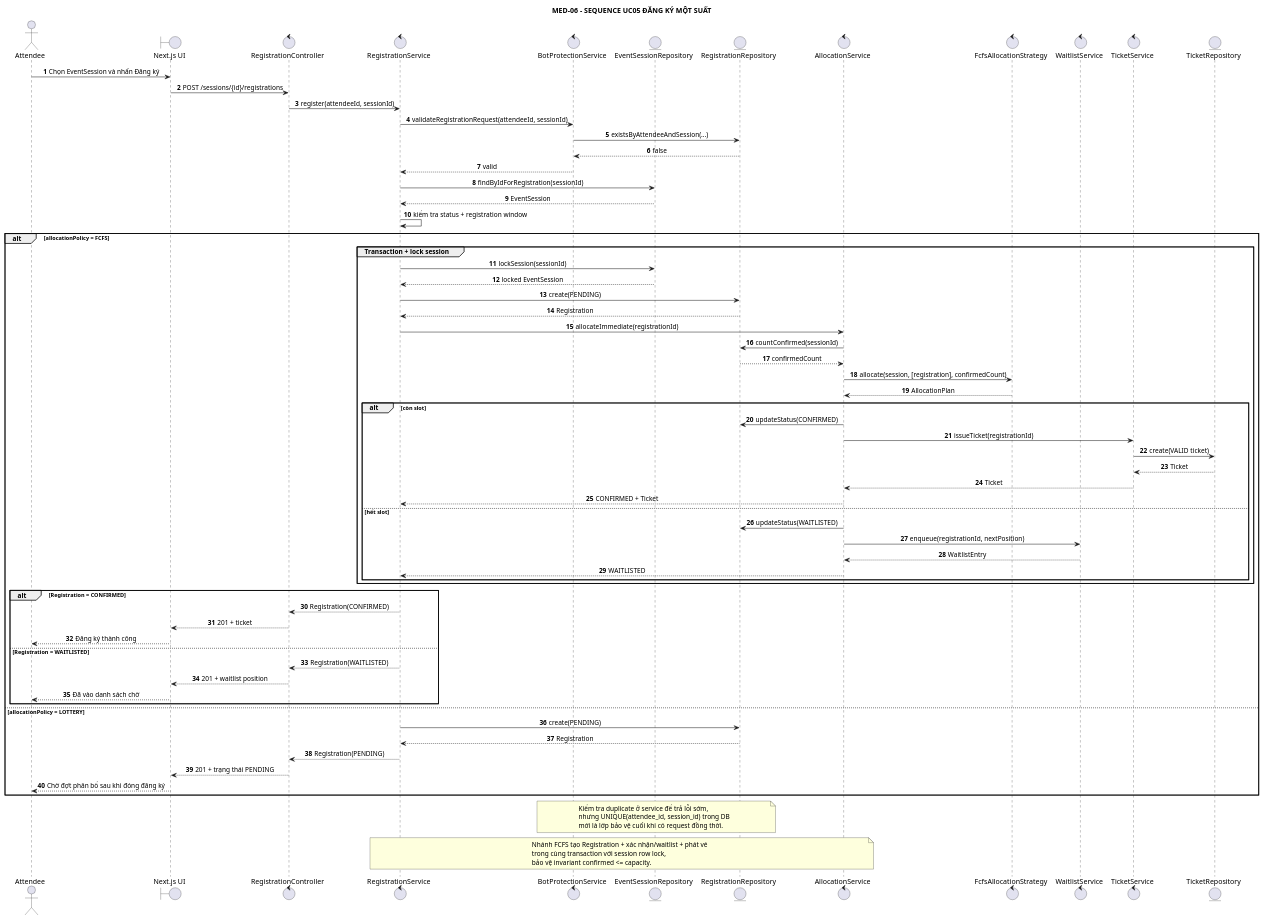
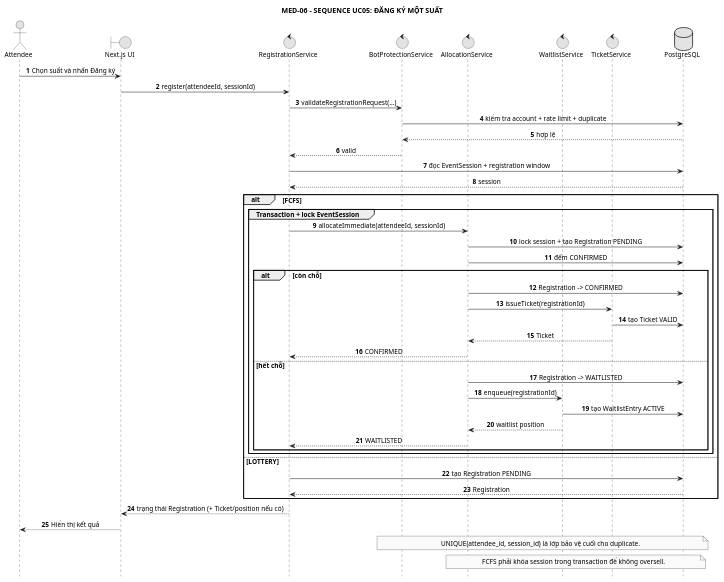
The diagram in PTTK/05_Sequence/01-uc05-register-session.puml (anh632k-ui/OOP-DoAn), drawn with PlantUML before and after one commit.

Commit message:
refactor sequence UC05 for compact readable layout

```diff
--- a/PTTK/05_Sequence/01-uc05-register-session.puml
+++ b/PTTK/05_Sequence/01-uc05-register-session.puml
@@ -1,91 +1,68 @@
 @startuml
+skinparam monochrome true
 skinparam shadowing false
+skinparam defaultFontSize 13
 skinparam sequenceMessageAlign center
 skinparam responseMessageBelowArrow true
+hide footbox
 
-title MED-06 - SEQUENCE UC05 ĐĂNG KÝ MỘT SUẤT
+title MED-06 - SEQUENCE UC05: ĐĂNG KÝ MỘT SUẤT
 
 actor Attendee
 boundary "Next.js UI" as UI
-control "RegistrationController" as RC
 control "RegistrationService" as RS
-control "BotProtectionService" as BPS
-entity "EventSessionRepository" as ESR
-entity "RegistrationRepository" as RR
+control "BotProtectionService" as BP
 control "AllocationService" as AS
-control "FcfsAllocationStrategy" as FCFS
 control "WaitlistService" as WS
 control "TicketService" as TS
-entity "TicketRepository" as TR
+database "PostgreSQL" as DB
 
 autonumber
-Attendee -> UI : Chọn EventSession và nhấn Đăng ký
-UI -> RC : POST /sessions/{id}/registrations
-RC -> RS : register(attendeeId, sessionId)
-RS -> BPS : validateRegistrationRequest(attendeeId, sessionId)
-BPS -> RR : existsByAttendeeAndSession(...)
-RR --> BPS : false
-BPS --> RS : valid
+Attendee -> UI : Chọn suất và nhấn Đăng ký
+UI -> RS : register(attendeeId, sessionId)
+RS -> BP : validateRegistrationRequest(...)
+BP -> DB : kiểm tra account + rate limit + duplicate
+DB --> BP : hợp lệ
+BP --> RS : valid
 
-RS -> ESR : findByIdForRegistration(sessionId)
-ESR --> RS : EventSession
-RS -> RS : kiểm tra status + registration window
+RS -> DB : đọc EventSession + registration window
+DB --> RS : session
 
-alt allocationPolicy = FCFS
-  group Transaction + lock session
-    RS -> ESR : lockSession(sessionId)
-    ESR --> RS : locked EventSession
-    RS -> RR : create(PENDING)
-    RR --> RS : Registration
-    RS -> AS : allocateImmediate(registrationId)
-    AS -> RR : countConfirmed(sessionId)
-    RR --> AS : confirmedCount
-    AS -> FCFS : allocate(session, [registration], confirmedCount)
-    FCFS --> AS : AllocationPlan
+alt FCFS
+  group Transaction + lock EventSession
+    RS -> AS : allocateImmediate(attendeeId, sessionId)
+    AS -> DB : lock session + tạo Registration PENDING
+    AS -> DB : đếm CONFIRMED
 
-    alt còn slot
-      AS -> RR : updateStatus(CONFIRMED)
+    alt còn chỗ
+      AS -> DB : Registration -> CONFIRMED
       AS -> TS : issueTicket(registrationId)
-      TS -> TR : create(VALID ticket)
-      TR --> TS : Ticket
+      TS -> DB : tạo Ticket VALID
       TS --> AS : Ticket
-      AS --> RS : CONFIRMED + Ticket
-    else hết slot
-      AS -> RR : updateStatus(WAITLISTED)
-      AS -> WS : enqueue(registrationId, nextPosition)
-      WS --> AS : WaitlistEntry
+      AS --> RS : CONFIRMED
+    else hết chỗ
+      AS -> DB : Registration -> WAITLISTED
+      AS -> WS : enqueue(registrationId)
+      WS -> DB : tạo WaitlistEntry ACTIVE
+      WS --> AS : waitlist position
       AS --> RS : WAITLISTED
     end
   end
 
-  alt Registration = CONFIRMED
-    RS --> RC : Registration(CONFIRMED)
-    RC --> UI : 201 + ticket
-    UI --> Attendee : Đăng ký thành công
-  else Registration = WAITLISTED
-    RS --> RC : Registration(WAITLISTED)
-    RC --> UI : 201 + waitlist position
-    UI --> Attendee : Đã vào danh sách chờ
-  end
-
-else allocationPolicy = LOTTERY
-  RS -> RR : create(PENDING)
-  RR --> RS : Registration
-  RS --> RC : Registration(PENDING)
-  RC --> UI : 201 + trạng thái PENDING
-  UI --> Attendee : Chờ đợt phân bổ sau khi đóng đăng ký
+else LOTTERY
+  RS -> DB : tạo Registration PENDING
+  DB --> RS : Registration
 end
 
-note over BPS,RR
-Kiểm tra duplicate ở service để trả lỗi sớm,
-nhưng UNIQUE(attendee_id, session_id) trong DB
-mới là lớp bảo vệ cuối khi có request đồng thời.
+RS --> UI : trạng thái Registration (+ Ticket/position nếu có)
+UI --> Attendee : Hiển thị kết quả
+
+note over BP,DB
+UNIQUE(attendee_id, session_id) là lớp bảo vệ cuối cho duplicate.
 end note
 
-note over RS,AS
-Nhánh FCFS tạo Registration + xác nhận/waitlist + phát vé
-trong cùng transaction với session row lock,
-bảo vệ invariant confirmed <= capacity.
+note over AS,DB
+FCFS phải khóa session trong transaction để không oversell.
 end note
 
 @enduml
```
